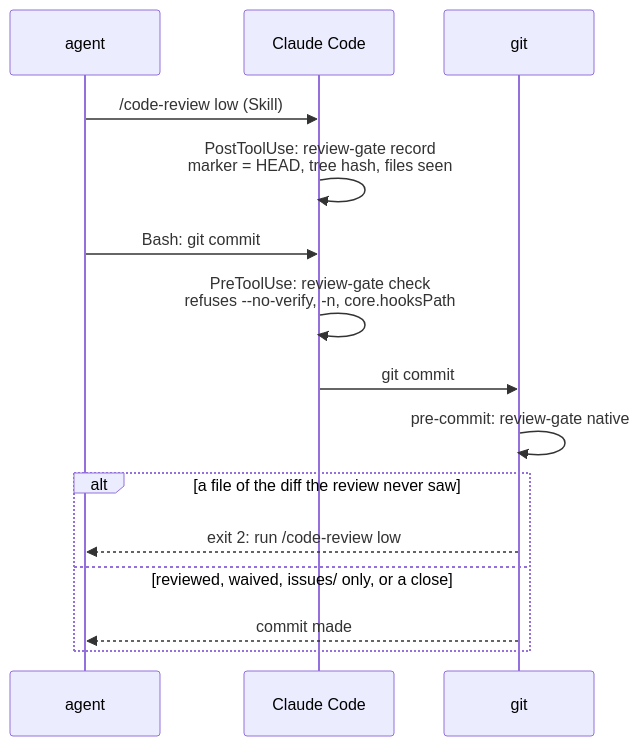
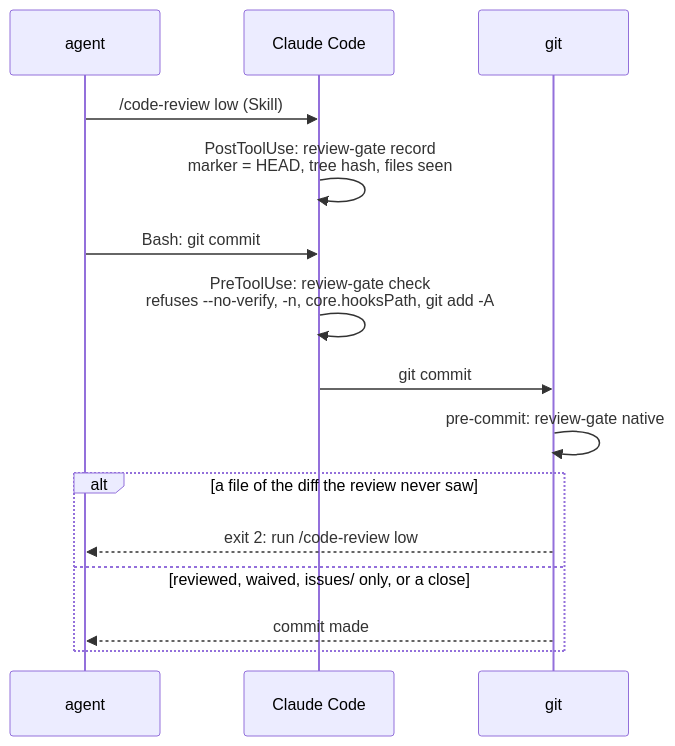
The third of 4 diagrams in docs/architecture.md (Electron-libre/cardinal), drawn with Mermaid before and after one commit. The commit also changed other lines of this file and 8 other files, not shown here.

````diff
--- a/docs/architecture.md
+++ b/docs/architecture.md
@@ -170,17 +170,17 @@
 ```mermaid
 sequenceDiagram
   participant A as agent
   participant CC as Claude Code
   participant G as git
   A->>CC: /code-review low (Skill)
   CC->>CC: PostToolUse: review-gate record<br/>marker = HEAD, tree hash, files seen
   A->>CC: Bash: git commit
-  CC->>CC: PreToolUse: review-gate check<br/>refuses --no-verify, -n, core.hooksPath
+  CC->>CC: PreToolUse: review-gate check<br/>refuses --no-verify, -n, core.hooksPath, git add -A
   CC->>G: git commit
   G->>G: pre-commit: review-gate native
   alt a file of the diff the review never saw
     G-->>A: exit 2: run /code-review low
   else reviewed, waived, issues/ only, or a close
     G-->>A: commit made
   end
 ```
````
